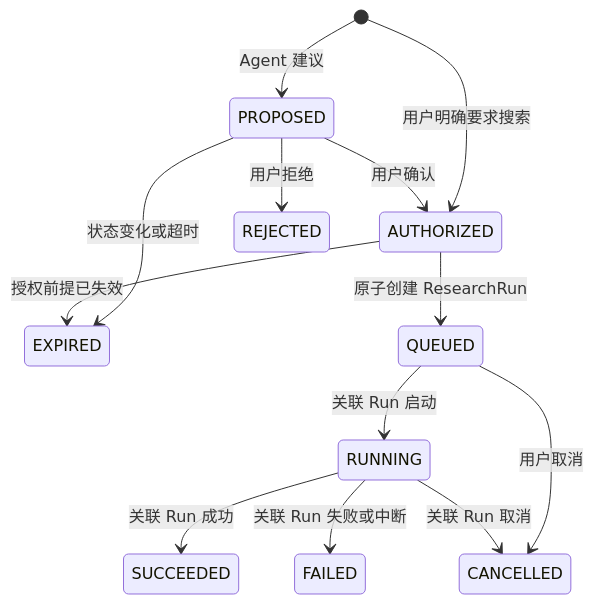
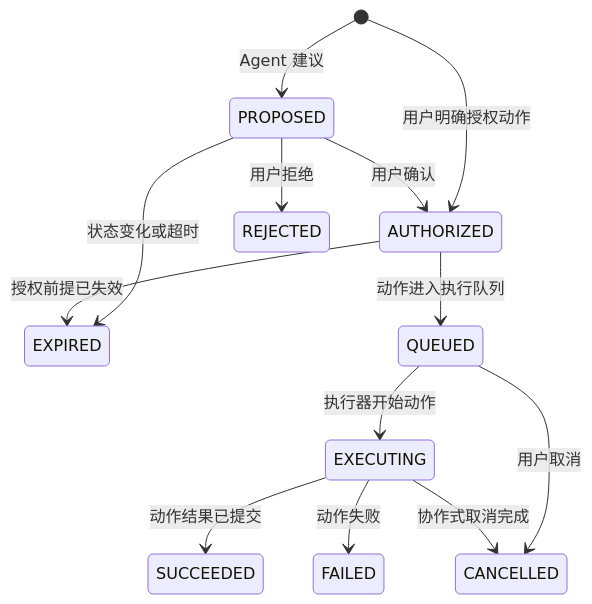
The fifth of 11 diagrams in docs/architecture/conversational-research-task-architecture.md (Knight-Jo/collection-agent), drawn with Mermaid before and after one commit. The commit also changed other lines of this file and 1 other file, not shown here.

Commit message:
docs: refine conversational research architecture

````diff
--- a/docs/architecture/conversational-research-task-architecture.md
+++ b/docs/architecture/conversational-research-task-architecture.md
@@ -308,15 +414,15 @@
 ```mermaid
 stateDiagram-v2
     [*] --> PROPOSED: Agent 建议
-    [*] --> AUTHORIZED: 用户明确要求搜索
+    [*] --> AUTHORIZED: 用户明确授权动作
     PROPOSED --> AUTHORIZED: 用户确认
     PROPOSED --> REJECTED: 用户拒绝
     PROPOSED --> EXPIRED: 状态变化或超时
-    AUTHORIZED --> QUEUED: 原子创建 ResearchRun
+    AUTHORIZED --> QUEUED: 动作进入执行队列
     AUTHORIZED --> EXPIRED: 授权前提已失效
-    QUEUED --> RUNNING: 关联 Run 启动
+    QUEUED --> EXECUTING: 执行器开始动作
     QUEUED --> CANCELLED: 用户取消
-    RUNNING --> SUCCEEDED: 关联 Run 成功
-    RUNNING --> FAILED: 关联 Run 失败或中断
-    RUNNING --> CANCELLED: 关联 Run 取消
+    EXECUTING --> SUCCEEDED: 动作结果已提交
+    EXECUTING --> FAILED: 动作失败
+    EXECUTING --> CANCELLED: 协作式取消完成
 ```
````
